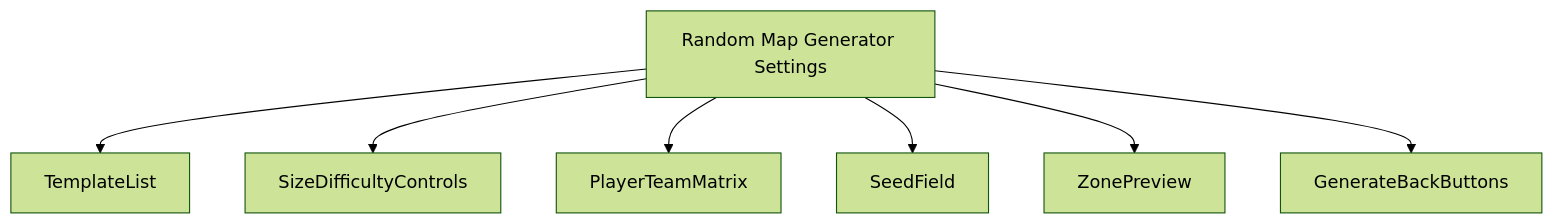
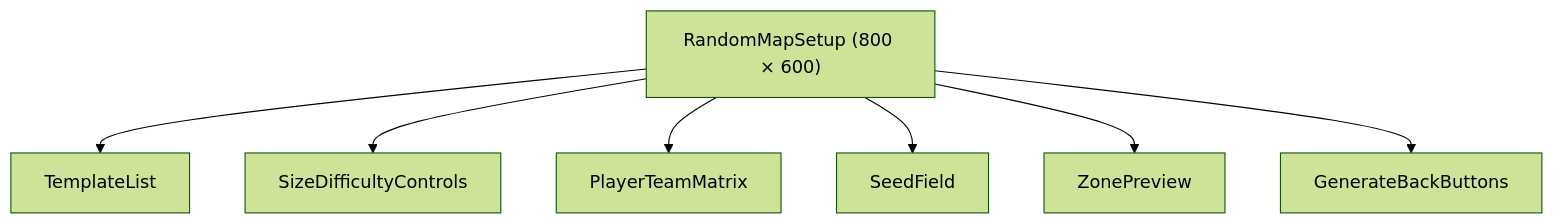
The first of 5 diagrams in docs/architecture/wiki/screens/06-random-map-setup/architecture.md (SunaNoOshiro/Heroes_Reforged_AI_Realms), drawn with Mermaid (forest theme) before and after one commit. The commit also changed other lines of this file and 518 other files, not shown here.

First line of the commit message:
Add doc-audit skill and sweep architecture/screen docs

````diff
--- a/docs/architecture/wiki/screens/06-random-map-setup/architecture.md
+++ b/docs/architecture/wiki/screens/06-random-map-setup/architecture.md
@@ -16,16 +26,10 @@
 ```mermaid
 flowchart TD
-  Root["Random Map Generator Settings"]
-  C0["TemplateList"]
-  Root --> C0
-  C1["SizeDifficultyControls"]
-  Root --> C1
-  C2["PlayerTeamMatrix"]
-  Root --> C2
-  C3["SeedField"]
-  Root --> C3
-  C4["ZonePreview"]
-  Root --> C4
-  C5["GenerateBackButtons"]
-  Root --> C5
+  Root["RandomMapSetup (800 × 600)"]
+  Root --> C0["TemplateList"]
+  Root --> C1["SizeDifficultyControls"]
+  Root --> C2["PlayerTeamMatrix"]
+  Root --> C3["SeedField"]
+  Root --> C4["ZonePreview"]
+  Root --> C5["GenerateBackButtons"]
 ```
````
